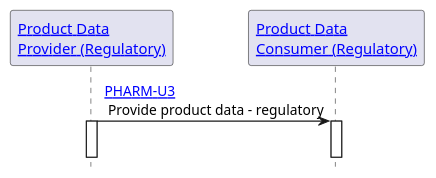
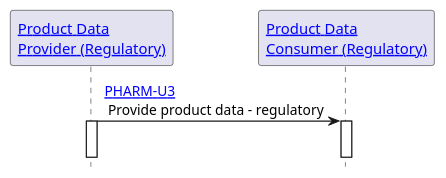
The diagram in input/images-source/u3.plantuml (unicom-project-eu/unicom-ihe-transactions), drawn with PlantUML before and after one commit. The commit also changed 3 other files, not shown here.

Commit message:
update transaction diagrams

```diff
--- a/input/images-source/u3.plantuml
+++ b/input/images-source/u3.plantuml
@@ -1,10 +1,10 @@
 @startuml
 hide footbox
 participant "[[actors_and_transactions.html#product-data-provider Product Data\nProvider (Regulatory)]]" as a1
 participant "[[actors_and_transactions.html#product-data-consumer Product Data\nConsumer (Regulatory)]]" as a2
 
-a1 -> a2 : [[u3.html PHARM-U3]]\n Provide product data - regulatory
+a1 -> a2 : [[u3.html PHARM-U3]]\n Provide product data - regulatory \t
 activate a1
 activate a2
 |||
 @enduml
```
